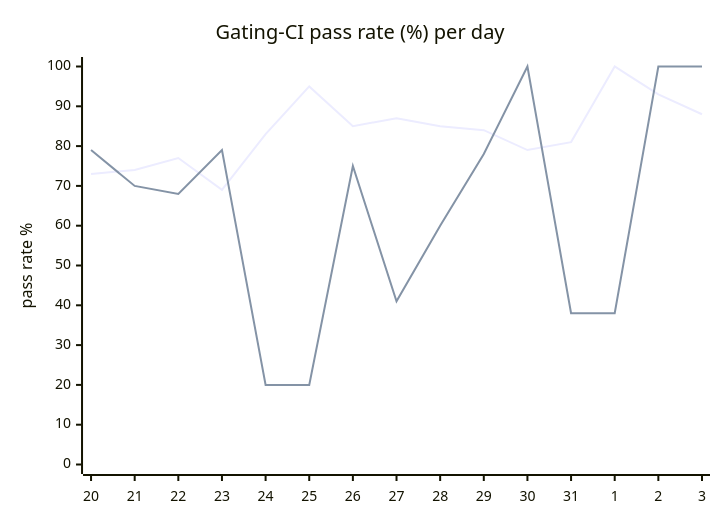
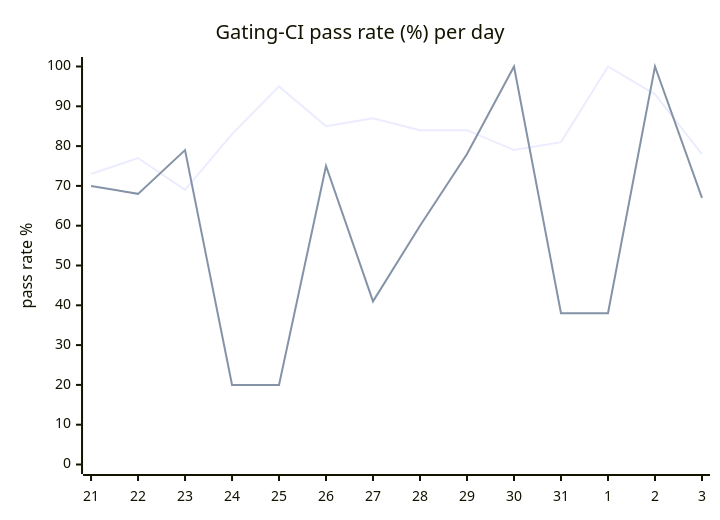
Before and after one commit to hatchet-dev/hatchet: the diagram in hack/ci/ci-dashboard/staging/issue.md, drawn with Mermaid. The commit also changed other lines of this file, not shown here.

````diff
--- a/hack/ci/ci-dashboard/staging/issue.md
+++ b/hack/ci/ci-dashboard/staging/issue.md
@@ -9,8 +9,8 @@
 ```mermaid
 xychart-beta
   title "Gating-CI pass rate (%) per day"
-  x-axis [20, 21, 22, 23, 24, 25, 26, 27, 28, 29, 30, 31, 1, 2, 3]
+  x-axis [21, 22, 23, 24, 25, 26, 27, 28, 29, 30, 31, 1, 2, 3]
   y-axis "pass rate %" 0 --> 100
-  line "CI" [73, 74, 77, 69, 83, 95, 85, 87, 85, 84, 79, 81, 100, 93, 88]
-  line "main" [79, 70, 68, 79, 20, 20, 75, 41, 60, 78, 100, 38, 38, 100, 100]
+  line "CI" [73, 77, 69, 83, 95, 85, 87, 84, 84, 79, 81, 100, 93, 78]
+  line "main" [70, 68, 79, 20, 20, 75, 41, 60, 78, 100, 38, 38, 100, 67]
 ```
````
